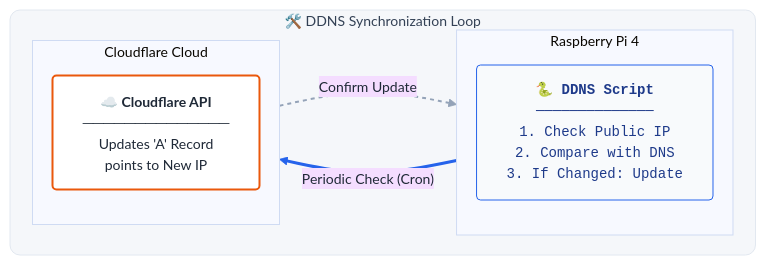
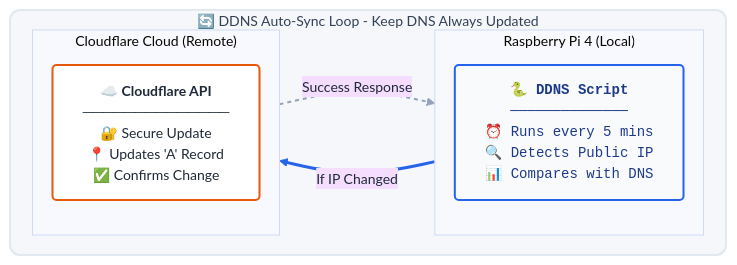
Before and after one commit to charan-altro/self-host-lab: the first of 2 diagrams in README.md, drawn with Mermaid. The commit also changed other lines of this file, not shown here.

````diff
--- a/README.md
+++ b/README.md
@@ -10,53 +9,52 @@
 ```mermaid
 %%{init: {
   'theme': 'base',
   'themeVariables': {
     'background': '#F5F7FA',
     'primaryTextColor': '#1F2937',
     'lineColor': '#64748B',
     'fontSize': '14px'
   },
   'flowchart': { 'rankSpacing': 20, 'nodeSpacing': 20 }
 }}%%
 flowchart LR
     %% --- STYLES ---
     classDef base fill:#FFFFFF,stroke:#CBD5E1,stroke-width:1px,color:#1F2937,rx:4,ry:4,shadow:true
-    classDef script fill:#F8FAFC,stroke:#2563EB,stroke-width:1px,color:#1E3A8A,rx:4,ry:4,font-family:monospace,align:left
+    classDef script fill:#F8FAFC,stroke:#2563EB,stroke-width:2px,color:#1E3A8A,rx:4,ry:4,font-family:monospace,align:left
     classDef cloud fill:#FFFFFF,stroke:#EA580C,stroke-width:2px,color:#1F2937,rx:4,ry:4,shadow:true
 
     %% --- STRUCTURE ---
-    subgraph Maintenance ["🛠️ DDNS Synchronization Loop"]
+    subgraph Maintenance ["🔄 DDNS Auto-Sync Loop - Keep DNS Always Updated"]
         direction LR
         
         %% RASPBERRY PI SIDE
-        subgraph Pi ["Raspberry Pi 4"]
+        subgraph Pi ["Raspberry Pi 4 (Local)"]
             direction TB
             DDNS_Script["🐍 <b>DDNS Script</b>
             ──────────────
-            1. Check Public IP
-            2. Compare with DNS
-            3. If Changed: Update"]:::script
+            ⏰ Runs every 5 mins
+            🔍 Detects Public IP
+            📊 Compares with DNS"]:::script
         end
 
         %% CLOUDFLARE SIDE
-        subgraph Cloud ["Cloudflare Cloud"]
+        subgraph Cloud ["Cloudflare Cloud (Remote)"]
             direction TB
             API["☁️ <b>Cloudflare API</b>
             ──────────────
-            Updates 'A' Record
-            points to New IP"]:::cloud
+            🔐 Secure Update
+            📍 Updates 'A' Record
+            ✅ Confirms Change"]:::cloud
         end
     end
 
     %% --- LOGIC FLOW ---
-    DDNS_Script ==>|"Periodic Check (Cron)"| API
-    API -.->|"Confirm Update"| DDNS_Script
+    DDNS_Script ==>|"If IP Changed"| API
+    API -.->|"Success Response"| DDNS_Script
 
     %% --- STYLES ---
     class Maintenance masterZone
-    
-    %% Styles
-    classDef masterZone fill:#F5F7FA,stroke:#E2E8F0,stroke-width:1px,rx:10,ry:10,color:#334155
+    classDef masterZone fill:#F5F7FA,stroke:#E2E8F0,stroke-width:2px,rx:10,ry:10,color:#334155
     linkStyle 0 stroke:#2563EB,stroke-width:3px
     linkStyle 1 stroke:#94A3B8,stroke-width:2px,stroke-dasharray: 4 4
 ```
````
